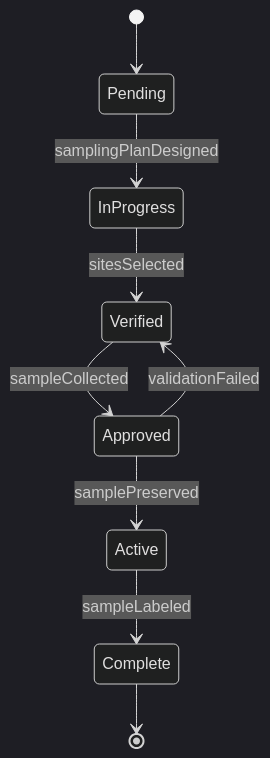
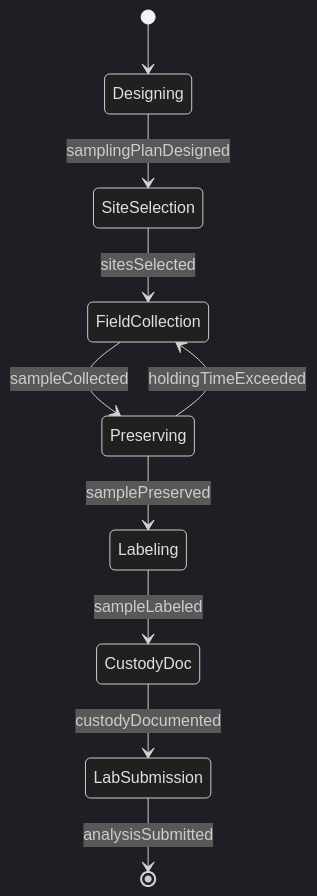
Before and after one commit to dot-org-ai/tasks.org.ai: the second of 4 diagrams in HandlingAndMovingObjects/CollectEnvironmentalOrBiologicalSamples/CollectEnvironmentalDataSamples.mdx, drawn with Mermaid (dark theme). The commit also changed other lines of this file and 515 other files, not shown here.

````diff
--- a/HandlingAndMovingObjects/CollectEnvironmentalOrBiologicalSamples/CollectEnvironmentalDataSamples.mdx
+++ b/HandlingAndMovingObjects/CollectEnvironmentalOrBiologicalSamples/CollectEnvironmentalDataSamples.mdx
@@ -98,11 +99,12 @@
 ```mermaid
 stateDiagram-v2
-    [*] --> Pending
-    Pending --> InProgress : samplingPlanDesigned
-    InProgress --> Verified : sitesSelected
-    Verified --> Approved : sampleCollected
-    Approved --> Active : samplePreserved
-    Active --> Complete : sampleLabeled
-    Approved --> Verified : validationFailed
-    Complete --> [*]
+    [*] --> Designing
+    Designing --> SiteSelection : samplingPlanDesigned
+    SiteSelection --> FieldCollection : sitesSelected
+    FieldCollection --> Preserving : sampleCollected
+    Preserving --> Labeling : samplePreserved
+    Labeling --> CustodyDoc : sampleLabeled
+    CustodyDoc --> LabSubmission : custodyDocumented
+    LabSubmission --> [*] : analysisSubmitted
+    Preserving --> FieldCollection : holdingTimeExceeded
 ```
````
